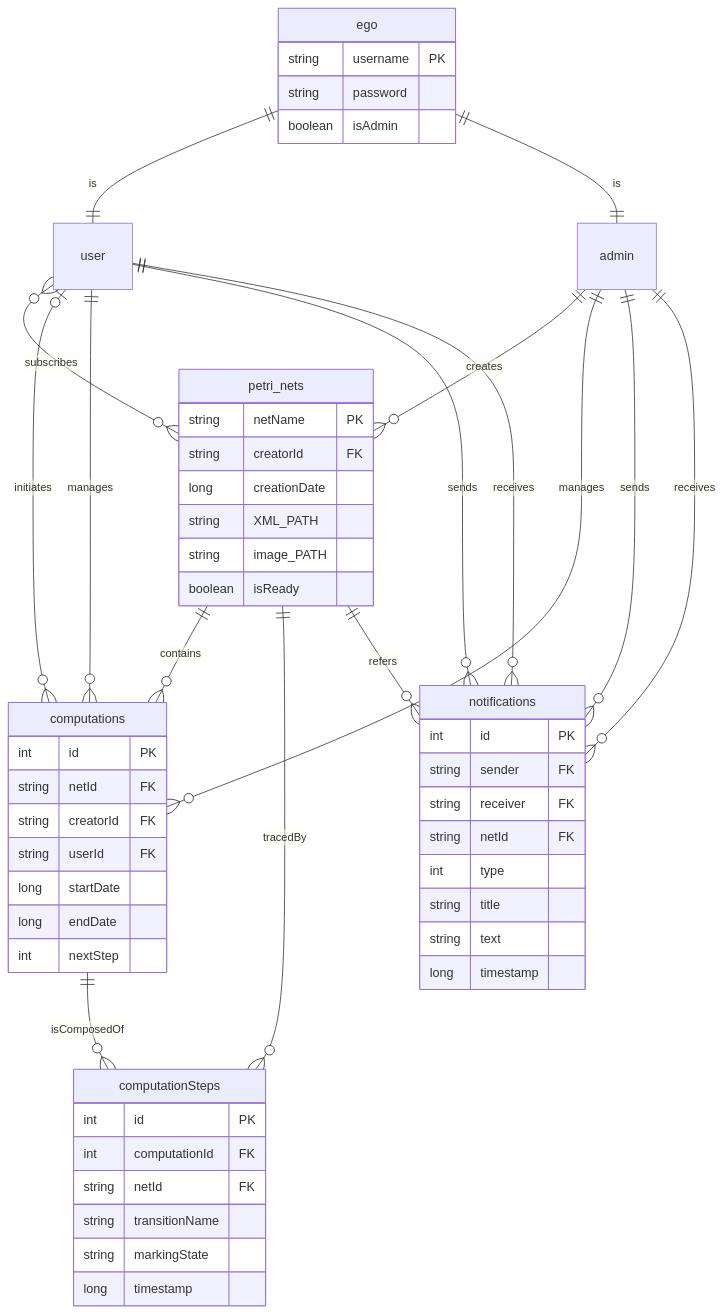
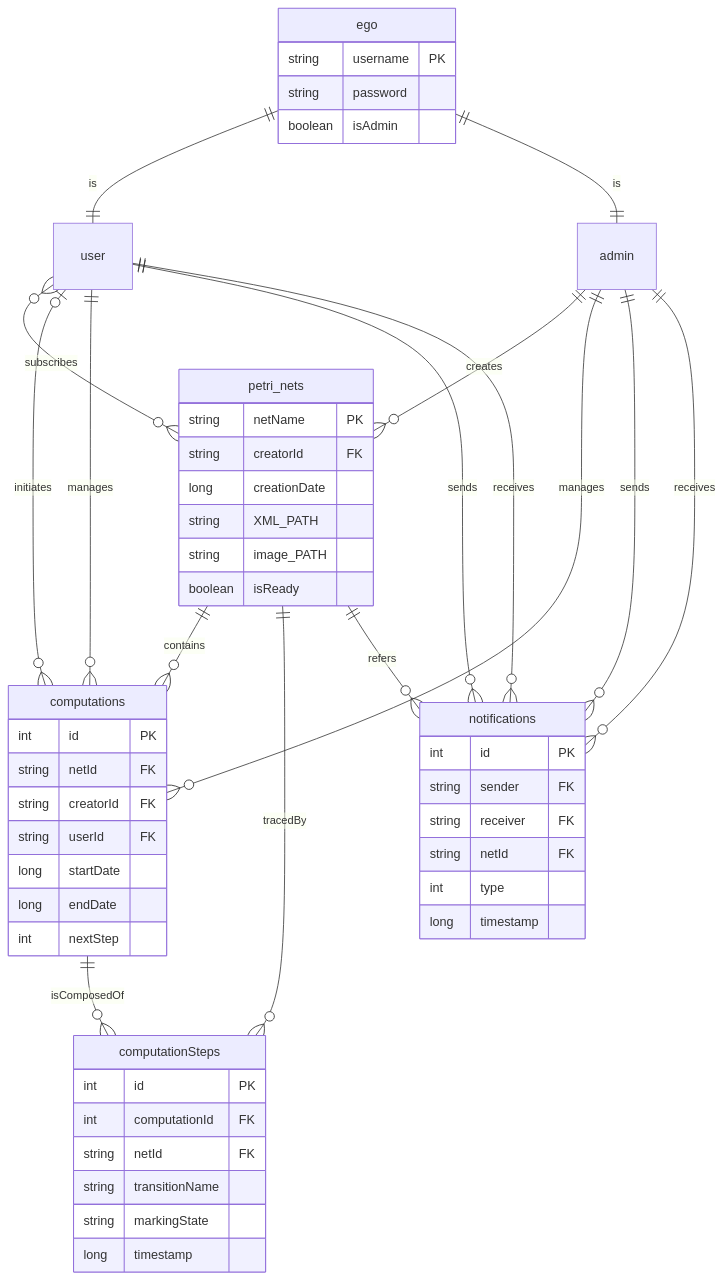
The diagram in docs/DAO/ERdiagram.mmd (alessio-vivaldelli/PetriHub), drawn with Mermaid before and after one commit. The commit also changed 2 other files, not shown here.

Commit message:
added diagrams

```diff
--- a/docs/DAO/ERdiagram.mmd
+++ b/docs/DAO/ERdiagram.mmd
@@ -1,68 +1,66 @@
 erDiagram
 
     admin ||--o{ petri_nets : creates
     user }o--o{ petri_nets : subscribes
     user |o--o{ computations : initiates
     user ||--o{ computations : manages
     admin ||--o{ computations : manages
     user ||--o{ notifications : sends
     admin ||--o{ notifications : sends
     user ||--o{ notifications : receives
     admin ||--o{ notifications : receives
     petri_nets ||--o{ computations : contains
     petri_nets ||--o{ computationSteps : tracedBy
     petri_nets ||--o{ notifications : refers
     computations ||--o{ computationSteps : isComposedOf
     ego ||--|| user : is
     ego ||--|| admin : is
 
     ego{
         string username PK
         string password
         boolean isAdmin
     }
 
     user {
     }
 
     admin{
     }
 
     petri_nets {
         string netName PK
         string creatorId FK
         long creationDate
         string XML_PATH
         string image_PATH
         boolean isReady
     }
 
     computations {
         int id PK
         string netId FK
         string creatorId FK
         string userId FK
         long startDate
         long endDate
         int nextStep
     }
 
     computationSteps {
         int id PK
         int computationId FK
         string netId FK
         string transitionName
         string markingState
         long timestamp
     }
 
     notifications {
         int id PK
         string sender FK
         string receiver FK
         string netId FK
         int type
-        string title
-        string text
         long timestamp
     }
```
